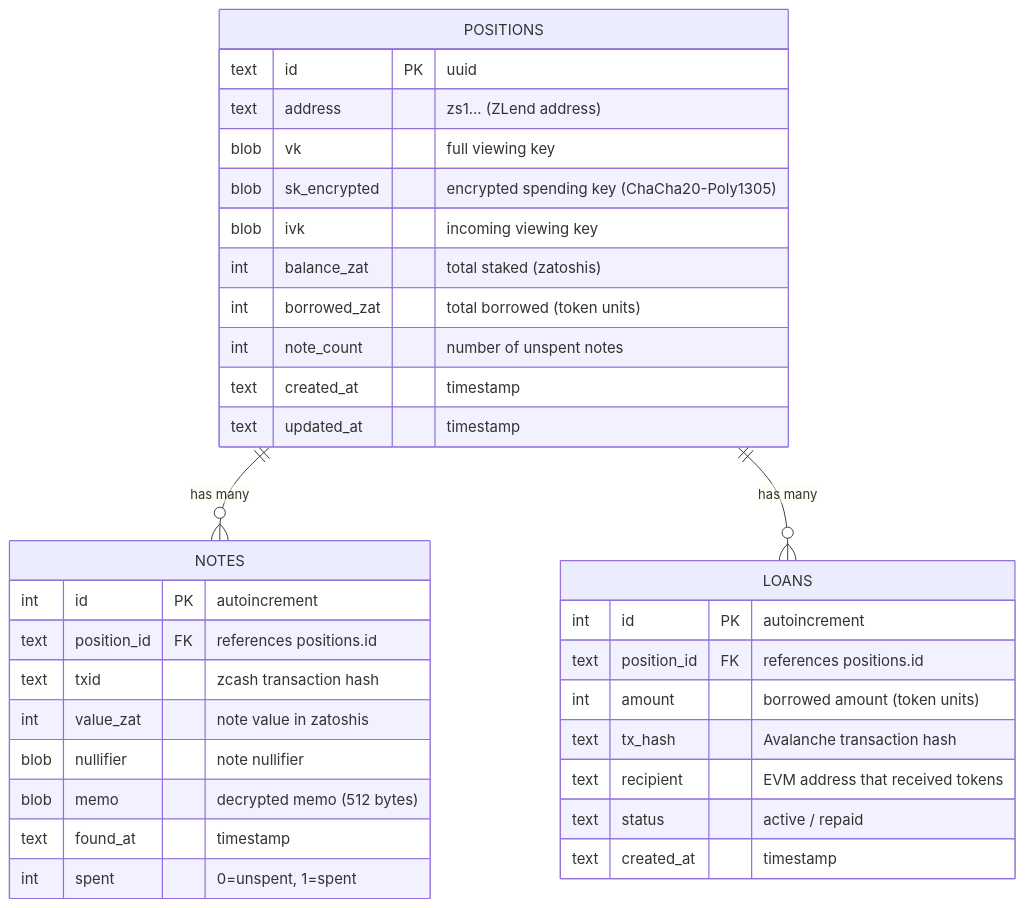
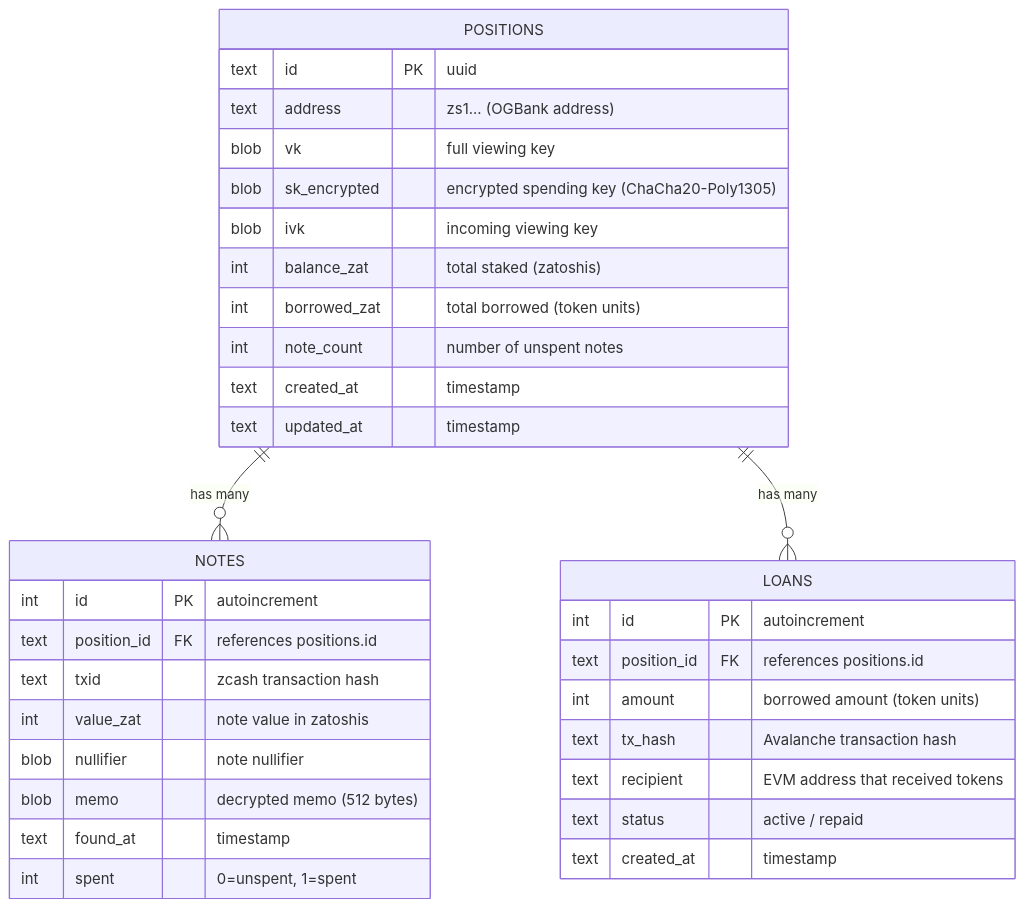
Before and after one commit to sebastianlujan/zlend: the fourth of 6 diagrams in docs/technical/08_mvp.md, drawn with Mermaid. The commit also changed other lines of this file and 68 other files, not shown here.

````diff
--- a/docs/technical/08_mvp.md
+++ b/docs/technical/08_mvp.md
@@ -175,39 +175,39 @@
 ```mermaid
 erDiagram
     POSITIONS {
         text id PK "uuid"
-        text address "zs1... (ZLend address)"
+        text address "zs1... (OGBank address)"
         blob vk "full viewing key"
         blob sk_encrypted "encrypted spending key (ChaCha20-Poly1305)"
         blob ivk "incoming viewing key"
         int balance_zat "total staked (zatoshis)"
         int borrowed_zat "total borrowed (token units)"
         int note_count "number of unspent notes"
         text created_at "timestamp"
         text updated_at "timestamp"
     }
 
     NOTES {
         int id PK "autoincrement"
         text position_id FK "references positions.id"
         text txid "zcash transaction hash"
         int value_zat "note value in zatoshis"
         blob nullifier "note nullifier"
         blob memo "decrypted memo (512 bytes)"
         text found_at "timestamp"
         int spent "0=unspent, 1=spent"
     }
 
     LOANS {
         int id PK "autoincrement"
         text position_id FK "references positions.id"
         int amount "borrowed amount (token units)"
         text tx_hash "Avalanche transaction hash"
         text recipient "EVM address that received tokens"
         text status "active / repaid"
         text created_at "timestamp"
     }
 
     POSITIONS ||--o{ NOTES : "has many"
     POSITIONS ||--o{ LOANS : "has many"
 ```
````
